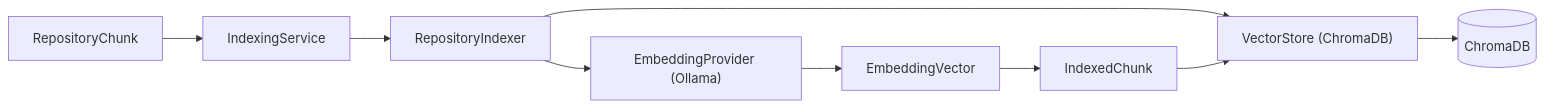
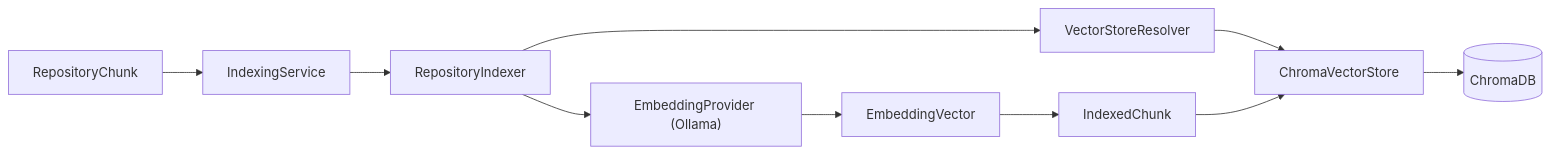
The first of 2 diagrams in docs/architecture/backend/indexing.md (Smit-whitespace/repository-intelligence-platform), drawn with Mermaid before and after one commit. The commit also changed other lines of this file and 75 other files, not shown here.

````diff
--- a/docs/architecture/backend/indexing.md
+++ b/docs/architecture/backend/indexing.md
@@ -44,11 +44,12 @@
 ```mermaid
 graph LR
     RC["RepositoryChunk"] --> IS["IndexingService"]
     IS --> IX["RepositoryIndexer"]
     IX --> EP["EmbeddingProvider (Ollama)"]
-    IX --> VS["VectorStore (ChromaDB)"]
+    IX --> VR["VectorStoreResolver"]
+    VR --> VS["ChromaVectorStore"]
     EP --> EMB["EmbeddingVector"]
     EMB --> IC["IndexedChunk"]
     IC --> VS
     VS --> DB[("ChromaDB")]
 ```
````
